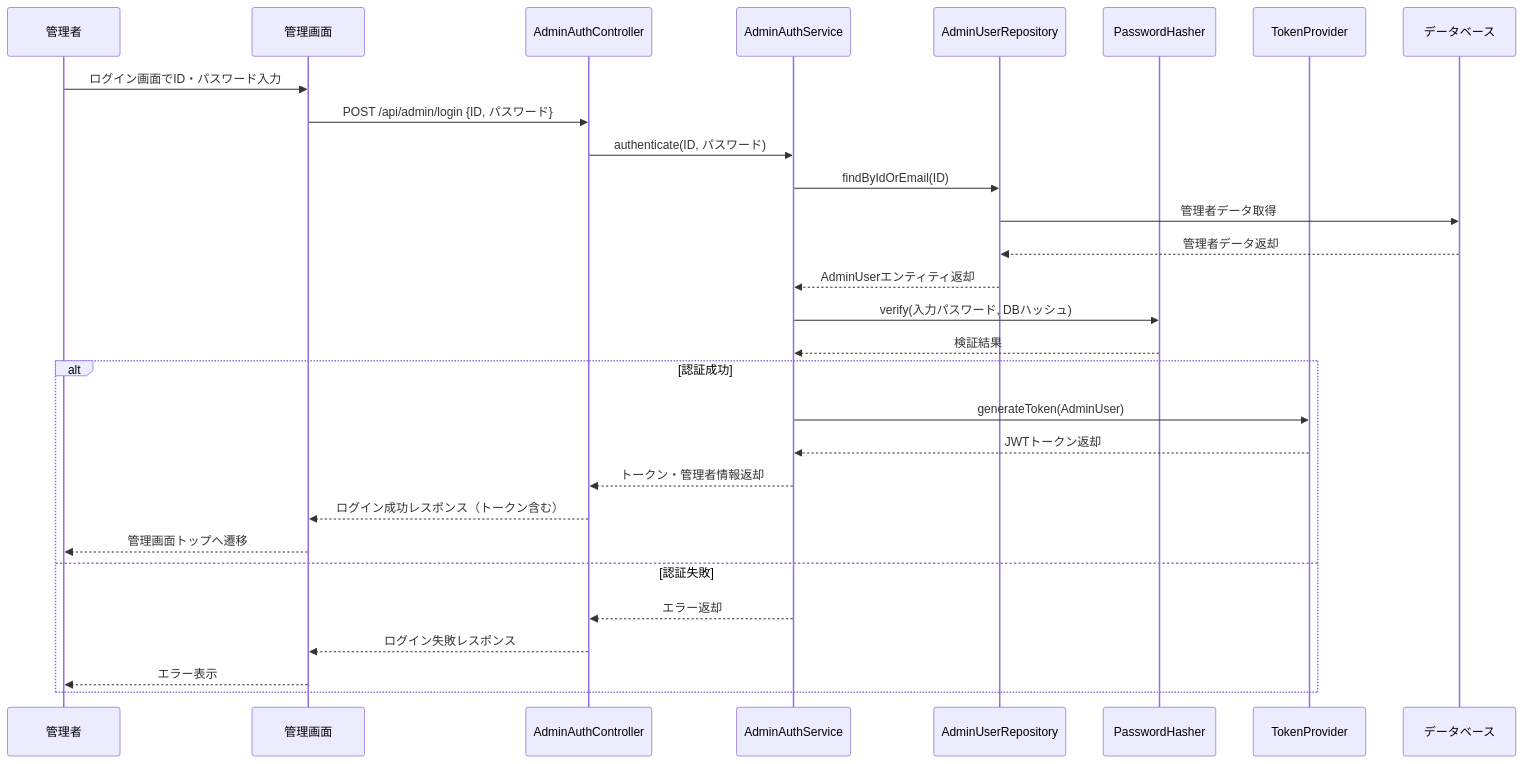
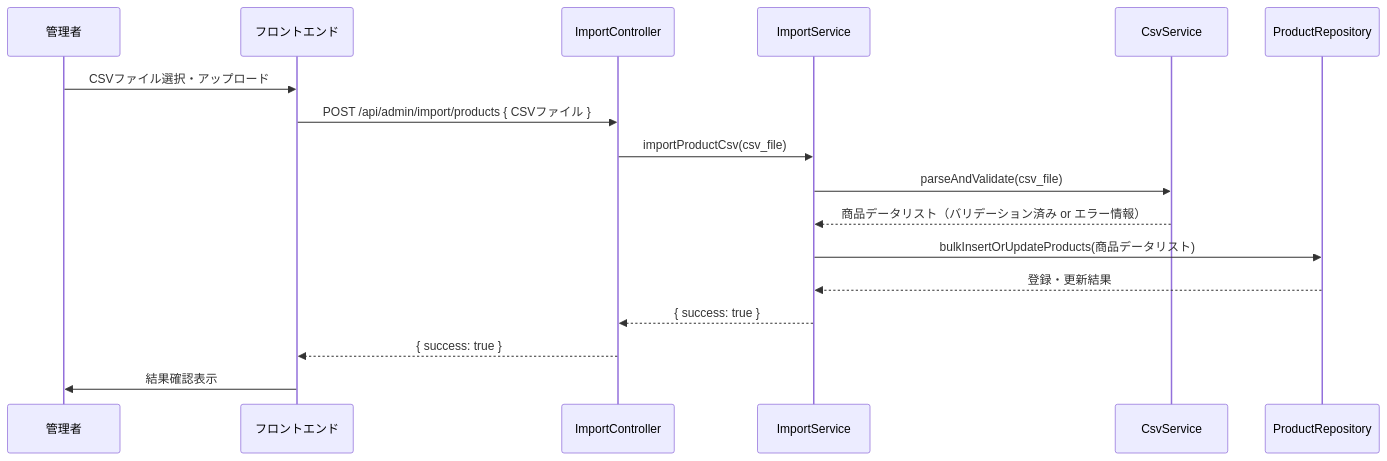
Diagram 40 of 47 in 詳細設計/提出用/詳細設計書.md (Aoi-Yaegashi/teamF), drawn with Mermaid before and after one commit. The commit also changed other lines of this file, not shown here.

```diff
--- a/詳細設計/提出用/詳細設計書.md
+++ b/詳細設計/提出用/詳細設計書.md
@@ -1264,32 +1914,35 @@
    <div class="mermaid">
    sequenceDiagram
-    participant AdminUser as 管理者
-    participant AdminBrowser as 管理画面
-    participant AdminAuthController as AdminAuthController
-    participant AdminAuthService as AdminAuthService
-    participant AdminUserRepo as AdminUserRepository
-    participant PasswordHasher as PasswordHasher
-    participant TokenProvider as TokenProvider
-    participant DB as データベース
+    participant Admin as 管理者
+    participant FE as フロントエンド
+    participant ImportC as ImportController
+    participant ImportS as ImportService
+    participant CsvS as CsvService
+    participant ProdRepo as ProductRepository
 
-    AdminUser->>AdminBrowser: ログイン画面でID・パスワード入力
-    AdminBrowser->>AdminAuthController: POST /api/admin/login {ID, パスワード}
-    AdminAuthController->>AdminAuthService: authenticate(ID, パスワード)
-    AdminAuthService->>AdminUserRepo: findByIdOrEmail(ID)
-    AdminUserRepo->>DB: 管理者データ取得
-    DB-->>AdminUserRepo: 管理者データ返却
-    AdminUserRepo-->>AdminAuthService: AdminUserエンティティ返却
-    AdminAuthService->>PasswordHasher: verify(入力パスワード, DBハッシュ)
-    PasswordHasher-->>AdminAuthService: 検証結果
-    alt 認証成功
-        AdminAuthService->>TokenProvider: generateToken(AdminUser)
-        TokenProvider-->>AdminAuthService: JWTトークン返却
-        AdminAuthService-->>AdminAuthController: トークン・管理者情報返却
-        AdminAuthController-->>AdminBrowser: ログイン成功レスポンス（トークン含む）
-        AdminBrowser-->>AdminUser: 管理画面トップへ遷移
-    else 認証失敗
-        AdminAuthService-->>AdminAuthController: エラー返却
-        AdminAuthController-->>AdminBrowser: ログイン失敗レスポンス
-        AdminBrowser-->>AdminUser: エラー表示
-    end
+    %% 1. 管理者がCSVアップロード画面でファイルを選択・送信
+    Admin->>FE: CSVファイル選択・アップロード
+
+    %% 2. フロントエンドがAPI呼び出し
+    FE->>ImportC: POST /api/admin/import/products { CSVファイル }
+
+    %% 3. コントローラがサービスに処理を依頼
+    ImportC->>ImportS: importProductCsv(csv_file)
+
+    %% 4. サービスがCSVファイルをパース・バリデーション
+    ImportS->>CsvS: parseAndValidate(csv_file)
+    CsvS-->>ImportS: 商品データリスト（バリデーション済み or エラー情報）
+
+    %% 5. サービスが商品データをDB登録（バルクインサート・更新）
+    ImportS->>ProdRepo: bulkInsertOrUpdateProducts(商品データリスト)
+    ProdRepo-->>ImportS: 登録・更新結果
+
+    %% 6. サービスがコントローラに返却
+    ImportS-->>ImportC: { success: true }
+
+    %% 7. コントローラがフロントエンドに返却
+    ImportC-->>FE: { success: true }
+
+    %% 8. フロントエンドがアップロード結果を画面に表示
+    FE->>Admin: 結果確認表示
 </div>
```
